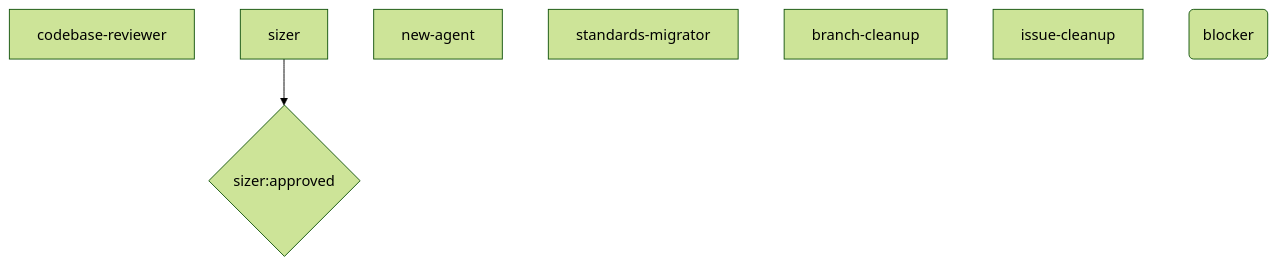
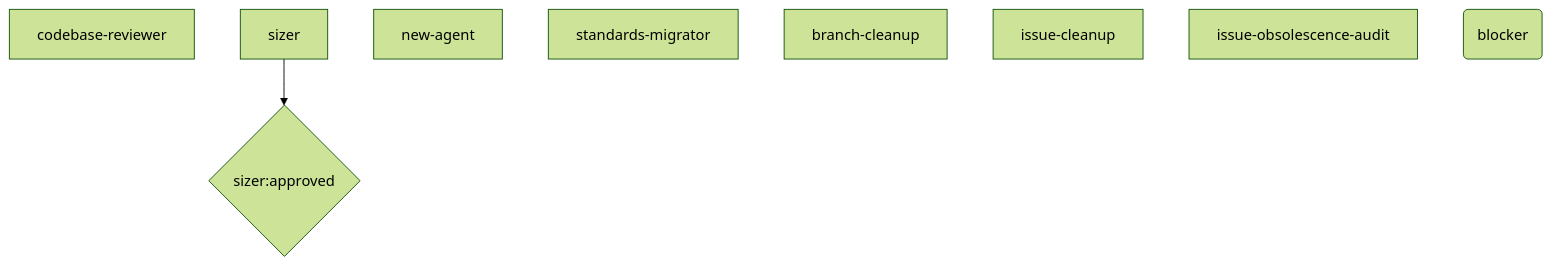
The diagram in docs/product/orchestrator/generated/phases/00_ondemand.mmd (M-A-Operating-System/ai-coding-standards2), drawn with Mermaid (forest theme) before and after one commit. The commit also changed 8 other files, not shown here.

First line of the commit message:
[#741 - 2/3] add issue-obsolescence-audit agent with batch selection and read-only labeling (#750)

```diff
--- a/docs/product/orchestrator/generated/phases/00_ondemand.mmd
+++ b/docs/product/orchestrator/generated/phases/00_ondemand.mmd
@@ -1,10 +1,11 @@
 flowchart TD
     n_00_ondemand__codebase_reviewer["codebase-reviewer"]
     n_00_ondemand__sizer["sizer"]
     n_00_ondemand__new_agent["new-agent"]
     n_00_ondemand__standards_migrator["standards-migrator"]
     n_00_ondemand__branch_cleanup["branch-cleanup"]
     n_00_ondemand__issue_cleanup["issue-cleanup"]
+    n_00_ondemand__issue_obsolescence_audit["issue-obsolescence-audit"]
     n_00_ondemand__blocker("blocker")
     gate__n_00_ondemand__sizer{"sizer:approved"}
     n_00_ondemand__sizer --> gate__n_00_ondemand__sizer
```
